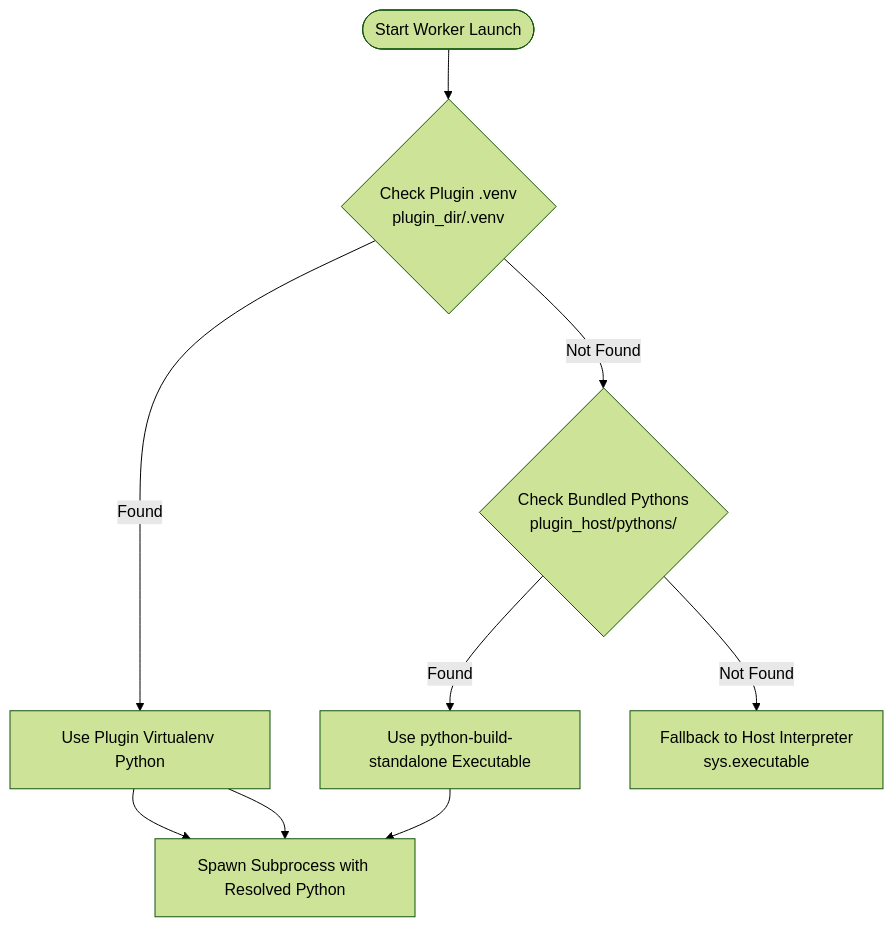
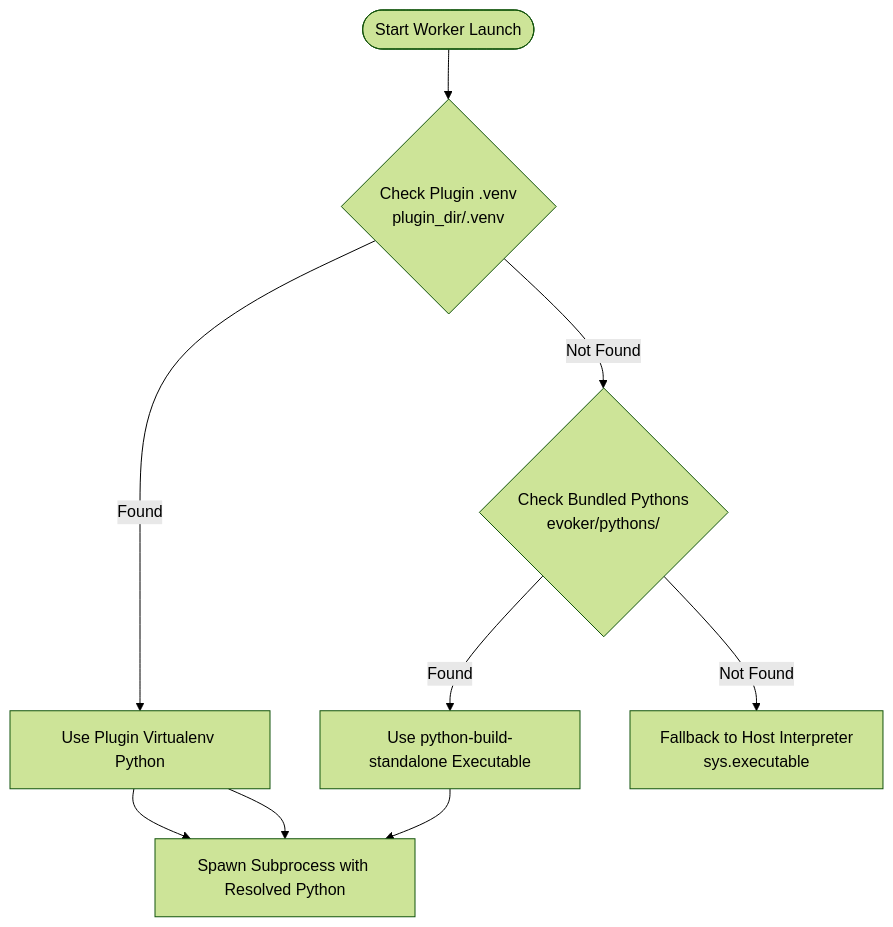
One commit to vxlk/evoker changed the third of 4 diagrams in doc/docs/architecture/overview.md. Above: the diagram before and after it, drawn with Mermaid (forest theme). The commit also changed other lines of this file and 85 other files, not shown here.

````diff
--- a/doc/docs/architecture/overview.md
+++ b/doc/docs/architecture/overview.md
@@ -119,12 +119,12 @@
 ```mermaid
 graph TD
     Start([Start Worker Launch]) --> Tier1{Check Plugin .venv<br/>plugin_dir/.venv}
     Tier1 -- "Found" --> UseVenv[Use Plugin Virtualenv Python]
-    Tier1 -- "Not Found" --> Tier2{Check Bundled Pythons<br/>plugin_host/pythons/}
+    Tier1 -- "Not Found" --> Tier2{Check Bundled Pythons<br/>evoker/pythons/}
     Tier2 -- "Found" --> UseBundled[Use python-build-standalone Executable]
     Tier2 -- "Not Found" --> Tier3[Fallback to Host Interpreter<br/>sys.executable]
 
     UseVenv --> LaunchSubprocess[Spawn Subprocess with Resolved Python]
     UseBundled --> LaunchSubprocess
     UseVenv --> LaunchSubprocess
 ```
````
